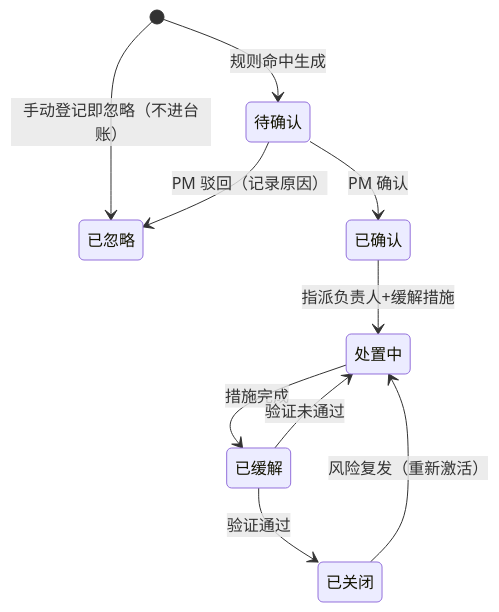
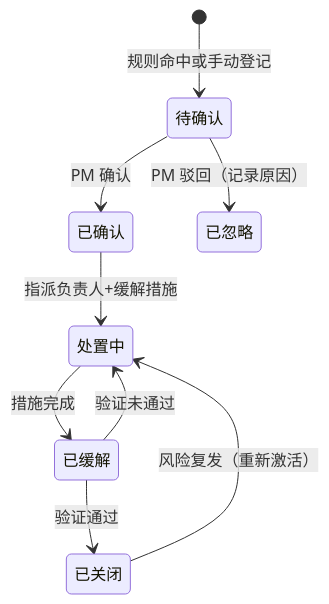
The third of 3 diagrams in ontology-demo/方案/01.需求文档/项目风险管控工具-需求规格说明书-v1.0.md (sealzrt/2026-08--agent), drawn with Mermaid before and after one commit. The commit also changed other lines of this file, not shown here.

````diff
--- a/ontology-demo/方案/01.需求文档/项目风险管控工具-需求规格说明书-v1.0.md
+++ b/ontology-demo/方案/01.需求文档/项目风险管控工具-需求规格说明书-v1.0.md
@@ -335,12 +355,11 @@
 ```mermaid
 stateDiagram-v2
-    [*] --> 待确认: 规则命中生成
-    [*] --> 已忽略: 手动登记即忽略（不进台账）
+    [*] --> 待确认: 规则命中或手动登记
     待确认 --> 已确认: PM 确认
     待确认 --> 已忽略: PM 驳回（记录原因）
     已确认 --> 处置中: 指派负责人+缓解措施
     处置中 --> 已缓解: 措施完成
     已缓解 --> 已关闭: 验证通过
     已缓解 --> 处置中: 验证未通过
     已关闭 --> 处置中: 风险复发（重新激活）
 ```
````
